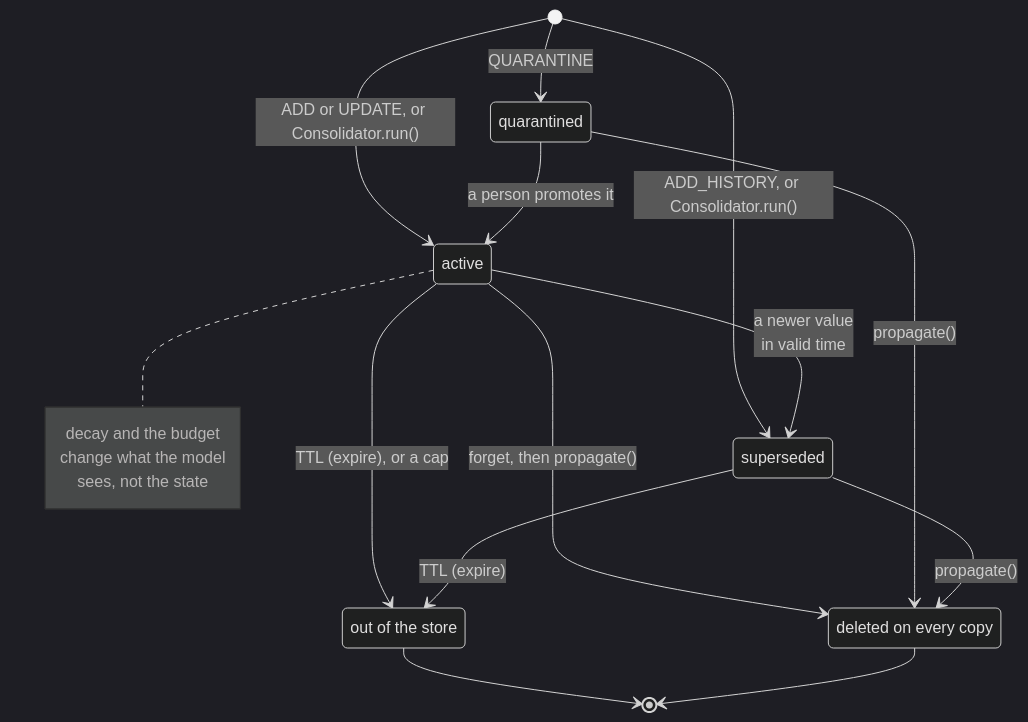
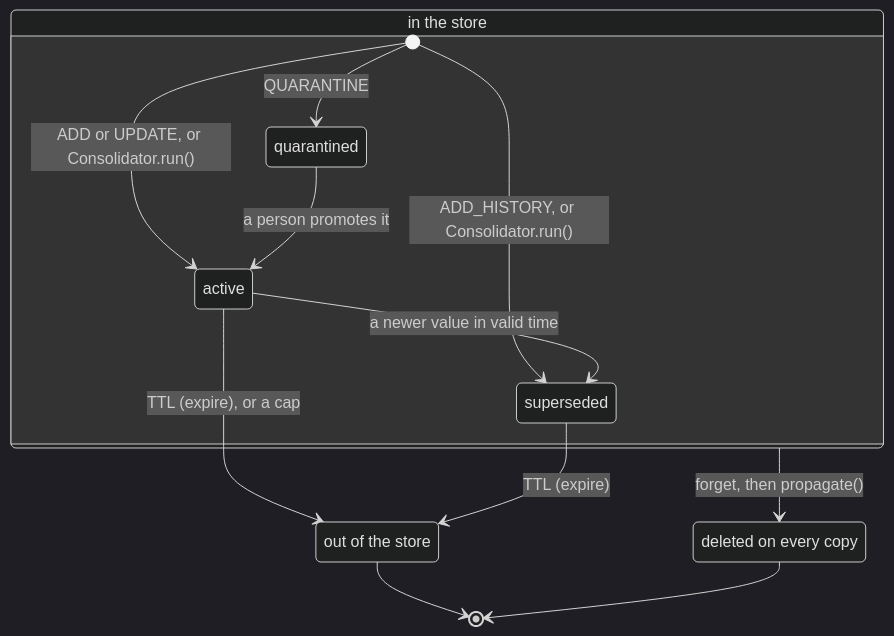
The fifth of 8 diagrams in 07-application-agent-framework/agent-memory/PRIMER.md (aniryou/full-stack-agentic-engineer), drawn with Mermaid (dark theme) before and after one commit. The commit also changed other lines of this file and 211 other files, not shown here.

````diff
--- a/07-application-agent-framework/agent-memory/PRIMER.md
+++ b/07-application-agent-framework/agent-memory/PRIMER.md
@@ -572,18 +598,17 @@
 ```mermaid
 stateDiagram-v2
     state "deleted on every copy" as deleted
     state "out of the store" as gone
-    [*] --> active: ADD or UPDATE, or Consolidator.run()
-    [*] --> quarantined: QUARANTINE
-    [*] --> superseded: ADD_HISTORY, or Consolidator.run()
-    active --> deleted: forget, then propagate()
-    quarantined --> deleted: propagate()
-    quarantined --> active: a person promotes it
-    active --> superseded: a newer value<br/>in valid time
+    state "in the store" as instore {
+        [*] --> active: ADD or UPDATE, or Consolidator.run()
+        [*] --> superseded: ADD_HISTORY, or Consolidator.run()
+        [*] --> quarantined: QUARANTINE
+        quarantined --> active: a person promotes it
+        active --> superseded: a newer value in valid time
+    }
+    instore --> deleted: forget, then propagate()
     active --> gone: TTL (expire), or a cap
     superseded --> gone: TTL (expire)
-    superseded --> deleted: propagate()
-    note right of active: decay and the budget<br/>change what the model<br/>sees, not the state
     gone --> [*]
     deleted --> [*]
 ```
````
